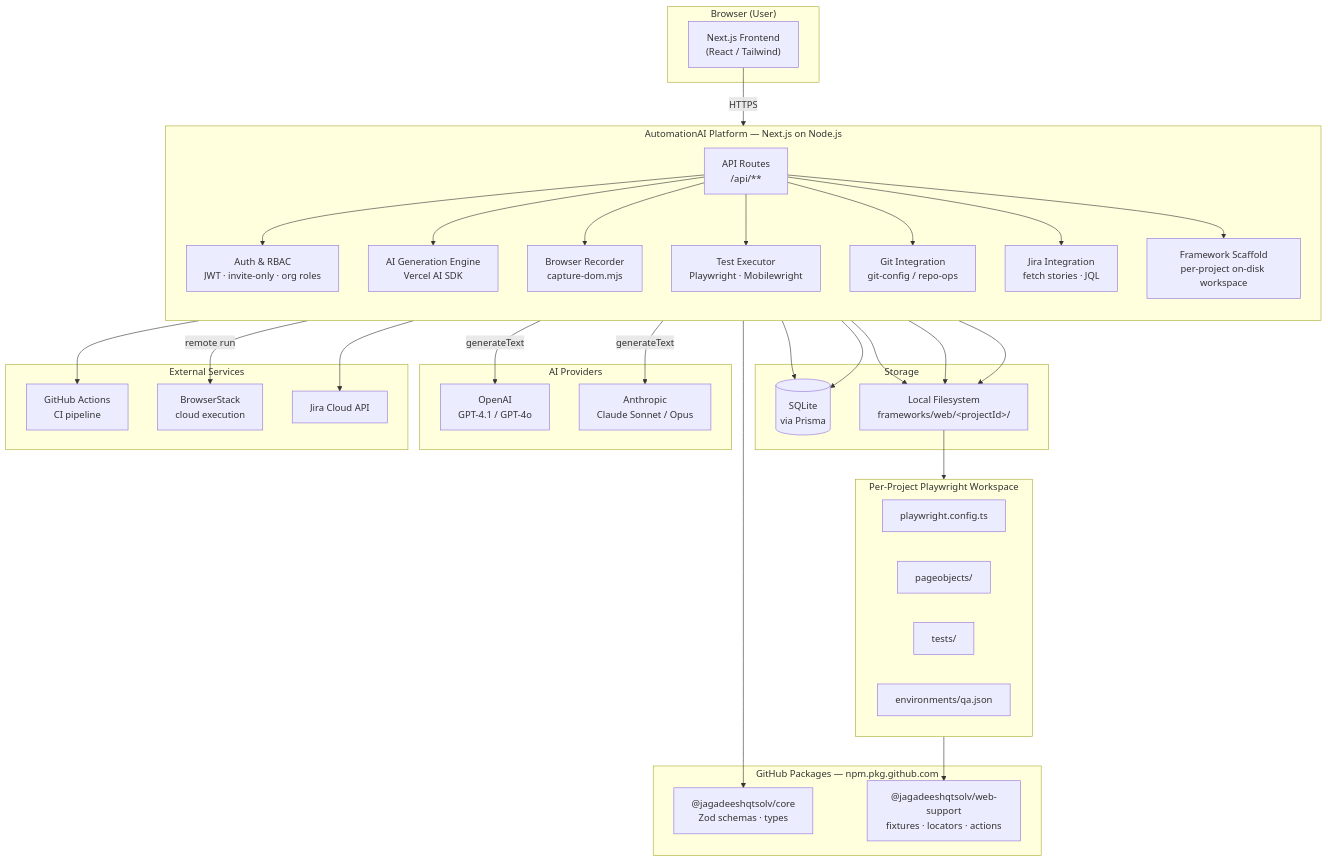
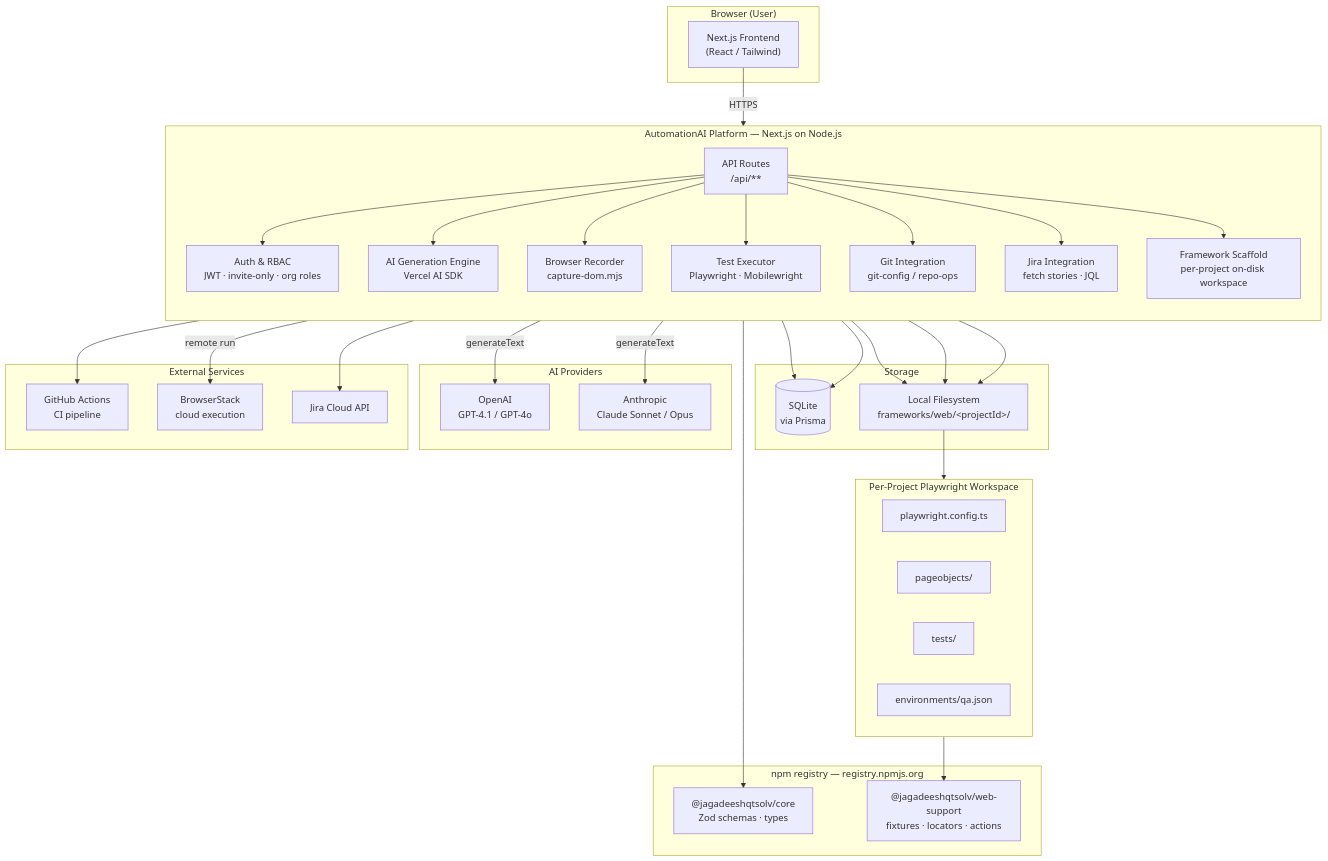
Before and after one commit to jagadeeshqtsolv/automation-ai-platform: the first of 8 diagrams in docs/ARCHITECTURE.md, drawn with Mermaid. The commit also changed 96 other files, not shown here.

````diff
--- a/docs/ARCHITECTURE.md
+++ b/docs/ARCHITECTURE.md
@@ -23,61 +23,61 @@
 ```mermaid
 graph TB
     subgraph Client["Browser (User)"]
         UI["Next.js Frontend\n(React / Tailwind)"]
     end
 
     subgraph Platform["AutomationAI Platform  —  Next.js on Node.js"]
         direction TB
         API["API Routes\n/api/**"]
         Auth["Auth & RBAC\nJWT · invite-only · org roles"]
         AIEngine["AI Generation Engine\nVercel AI SDK"]
         Recorder["Browser Recorder\ncapture-dom.mjs"]
         Executor["Test Executor\nPlaywright · Mobilewright"]
         GitSvc["Git Integration\ngit-config / repo-ops"]
         JiraSvc["Jira Integration\nfetch stories · JQL"]
         Scaffold["Framework Scaffold\nper-project on-disk workspace"]
     end
 
     subgraph Storage["Storage"]
         DB[("SQLite\nvia Prisma")]
         FS["Local Filesystem\nframeworks/web/&lt;projectId&gt;/"]
     end
 
     subgraph AIProviders["AI Providers"]
         OpenAI["OpenAI\nGPT-4.1 / GPT-4o"]
         Claude["Anthropic\nClaude Sonnet / Opus"]
     end
 
     subgraph Framework["Per-Project Playwright Workspace"]
         PW["playwright.config.ts"]
         PO["pageobjects/"]
         Tests["tests/"]
         Envs["environments/qa.json"]
     end
 
-    subgraph Packages["GitHub Packages  —  npm.pkg.github.com"]
+    subgraph Packages["npm registry  —  registry.npmjs.org"]
         Core["@jagadeeshqtsolv/core\nZod schemas · types"]
         WebSupport["@jagadeeshqtsolv/web-support\nfixtures · locators · actions"]
     end
 
     subgraph External["External Services"]
         GitHub["GitHub Actions\nCI pipeline"]
         BS["BrowserStack\ncloud execution"]
         JiraAPI["Jira Cloud API"]
     end
 
     UI -->|HTTPS| API
     API --> Auth & AIEngine & Recorder & Executor & GitSvc & JiraSvc & Scaffold
     Auth --> DB
     AIEngine -->|generateText| OpenAI & Claude
     AIEngine --> DB
     Scaffold --> FS
     Executor --> FS
     Recorder --> FS
     FS --> Framework
     Framework --> WebSupport
     GitSvc --> GitHub
     Executor -->|remote run| BS
     JiraSvc --> JiraAPI
     Platform --> Core
 ```
````
